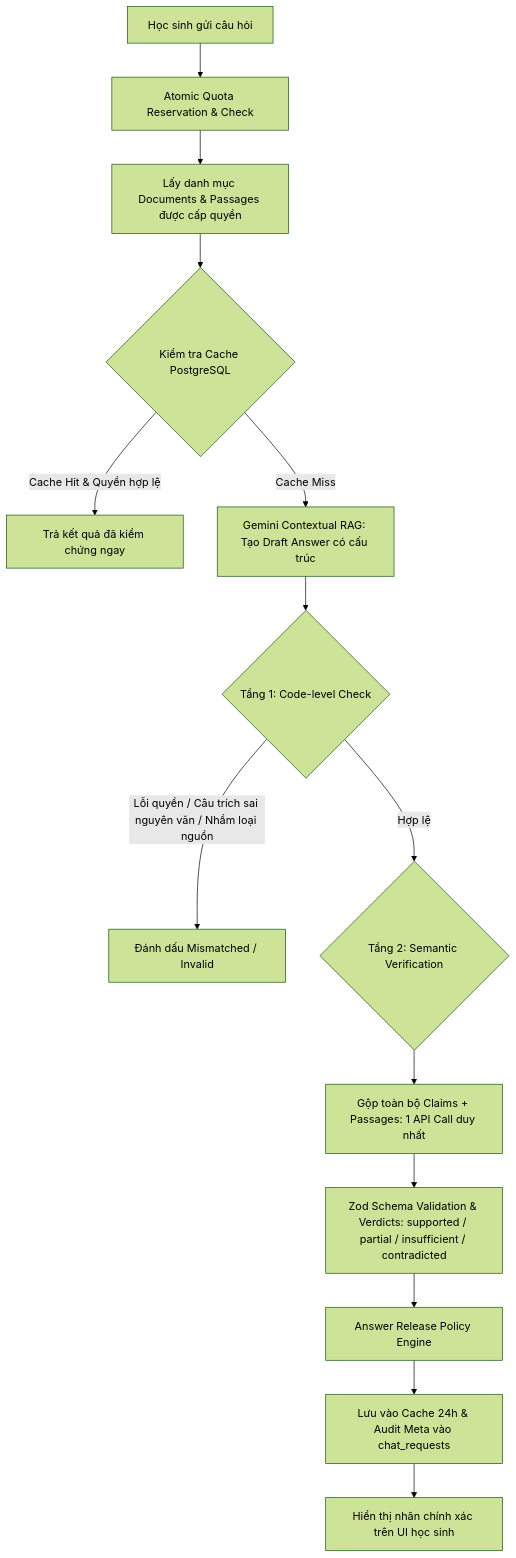
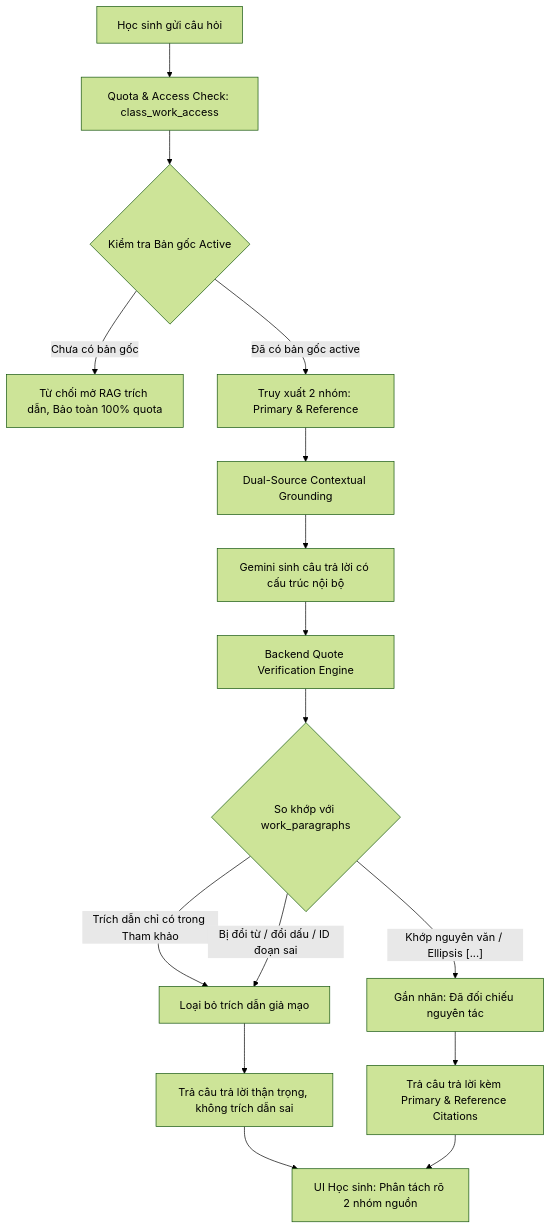
The diagram in docs/ANSWER_VERIFICATION_REPORT.md (huytd-git1/chatbot-ngu-van), drawn with Mermaid (forest theme) before and after one commit. The commit also changed other lines of this file and 13 other files, not shown here.

````diff
--- a/docs/ANSWER_VERIFICATION_REPORT.md
+++ b/docs/ANSWER_VERIFICATION_REPORT.md
@@ -38,16 +38,18 @@
 ```mermaid
 flowchart TD
-    A[Học sinh gửi câu hỏi] --> B[Atomic Quota Reservation & Check]
-    B --> C[Lấy danh mục Documents & Passages được cấp quyền]
-    C --> D{Kiểm tra Cache PostgreSQL}
-    D -- Cache Hit & Quyền hợp lệ --> E[Trả kết quả đã kiểm chứng ngay]
-    D -- Cache Miss --> F[Gemini Contextual RAG: Tạo Draft Answer có cấu trúc]
-    F --> G{Tầng 1: Code-level Check}
-    G -- Lỗi quyền / Câu trích sai nguyên văn / Nhầm loại nguồn --> H[Đánh dấu Mismatched / Invalid]
-    G -- Hợp lệ --> I{Tầng 2: Semantic Verification}
-    I --> J[Gộp toàn bộ Claims + Passages: 1 API Call duy nhất]
-    J --> K[Zod Schema Validation & Verdicts: supported / partial / insufficient / contradicted]
-    K --> L[Answer Release Policy Engine]
-    L --> M[Lưu vào Cache 24h & Audit Meta vào chat_requests]
-    M --> N[Hiển thị nhãn chính xác trên UI học sinh]
+    A[Học sinh gửi câu hỏi] --> B[Quota & Access Check: class_work_access]
+    B --> C{Kiểm tra Bản gốc Active}
+    C -- Chưa có bản gốc --> D[Từ chối mở RAG trích dẫn, Bảo toàn 100% quota]
+    C -- Đã có bản gốc active --> E[Truy xuất 2 nhóm: Primary & Reference]
+    E --> F[Dual-Source Contextual Grounding]
+    F --> G[Gemini sinh câu trả lời có cấu trúc nội bộ]
+    G --> H[Backend Quote Verification Engine]
+    H --> I{So khớp với work_paragraphs}
+    I -- Trích dẫn chỉ có trong Tham khảo --> J[Loại bỏ trích dẫn giả mạo]
+    I -- Bị đổi từ / đổi dấu / ID đoạn sai --> J
+    I -- Khớp nguyên văn / Ellipsis [...] --> K[Gắn nhãn: Đã đối chiếu nguyên tác]
+    J --> L[Trả câu trả lời thận trọng, không trích dẫn sai]
+    K --> M[Trả câu trả lời kèm Primary & Reference Citations]
+    L --> N[UI Học sinh: Phân tách rõ 2 nhóm nguồn]
+    M --> N
 ```
````
